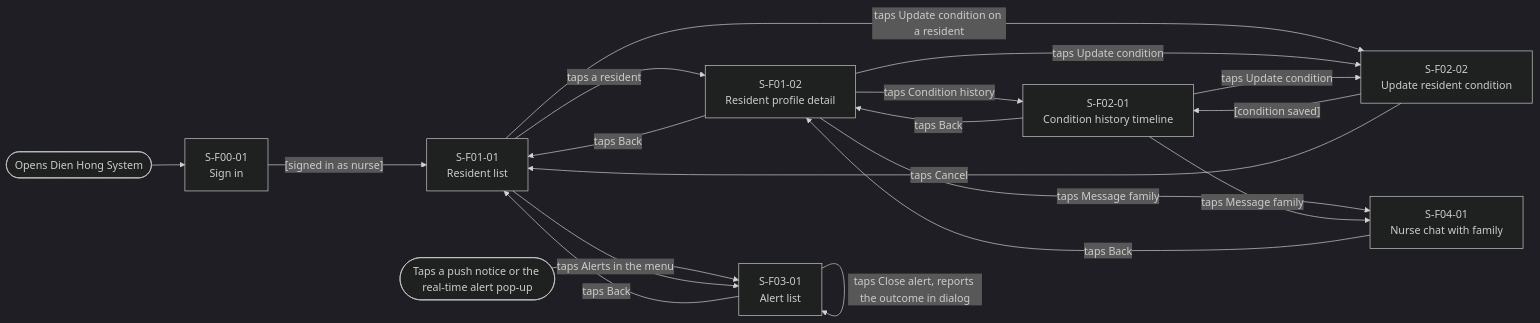
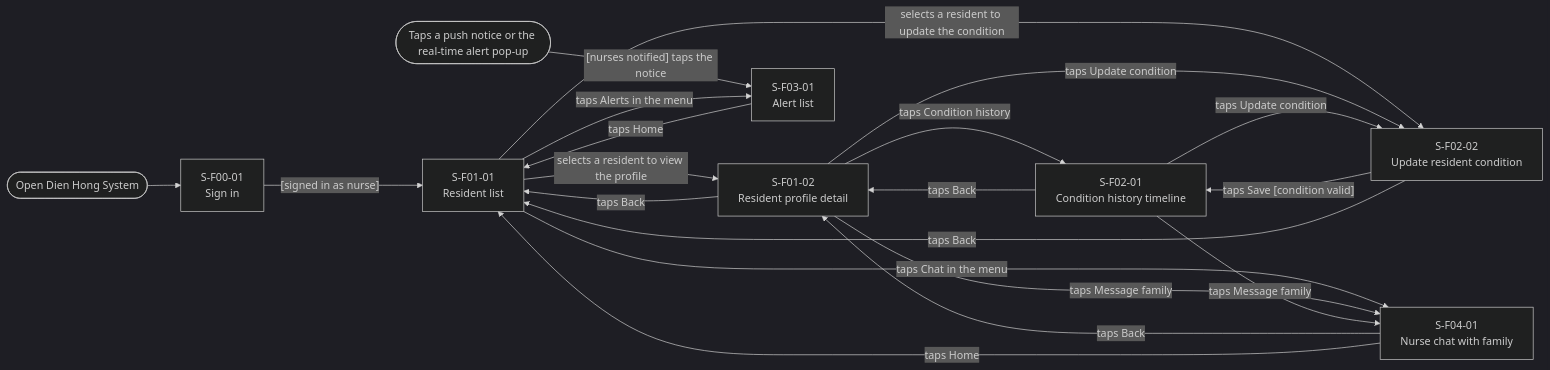
One commit to hatrang191/groupE-nursinghome changed the second of 5 diagrams in docs/external-design/screen-transition.md. Above: the diagram before and after it, drawn with Mermaid (dark theme).

````diff
--- a/docs/external-design/screen-transition.md
+++ b/docs/external-design/screen-transition.md
@@ -26,30 +26,31 @@
 ```mermaid
 flowchart LR
-  entry(["Opens Dien Hong System"])
+  entry(["Open Dien Hong System"])
   alert(["Taps a push notice or the real-time alert pop-up"])
   S00_01["S-F00-01<br>Sign in"]
   S01_01["S-F01-01<br>Resident list"]
   S01_02["S-F01-02<br>Resident profile detail"]
   S02_01["S-F02-01<br>Condition history timeline"]
   S02_02["S-F02-02<br>Update resident condition"]
   S03_01["S-F03-01<br>Alert list"]
   S04_01["S-F04-01<br>Nurse chat with family"]
   entry --> S00_01
   S00_01 -->|"[signed in as nurse]"| S01_01
-  alert --> S03_01
-  S01_01 -->|"taps a resident"| S01_02
-  S01_01 -->|"taps Update condition on a resident"| S02_02
+  alert -->|"[nurses notified] taps the notice"| S03_01
+  S01_01 -->|"selects a resident to view the profile"| S01_02
+  S01_01 -->|"selects a resident to update the condition"| S02_02
   S01_01 -->|"taps Alerts in the menu"| S03_01
+  S01_01 -->|"taps Chat in the menu"| S04_01
   S01_02 -->|"taps Condition history"| S02_01
   S01_02 -->|"taps Update condition"| S02_02
   S01_02 -->|"taps Message family"| S04_01
   S01_02 -->|"taps Back"| S01_01
   S02_01 -->|"taps Update condition"| S02_02
   S02_01 -->|"taps Message family"| S04_01
   S02_01 -->|"taps Back"| S01_02
-  S02_02 -->|"[condition saved]"| S02_01
-  S02_02 -->|"taps Cancel"| S01_01
-  S03_01 -->|"taps Close alert, reports the outcome in dialog"| S03_01
-  S03_01 -->|"taps Back"| S01_01
+  S02_02 -->|"taps Save [condition valid]"| S02_01
+  S02_02 -->|"taps Back"| S01_01
+  S03_01 -->|"taps Home"| S01_01
   S04_01 -->|"taps Back"| S01_02
+  S04_01 -->|"taps Home"| S01_01
 ```
````
